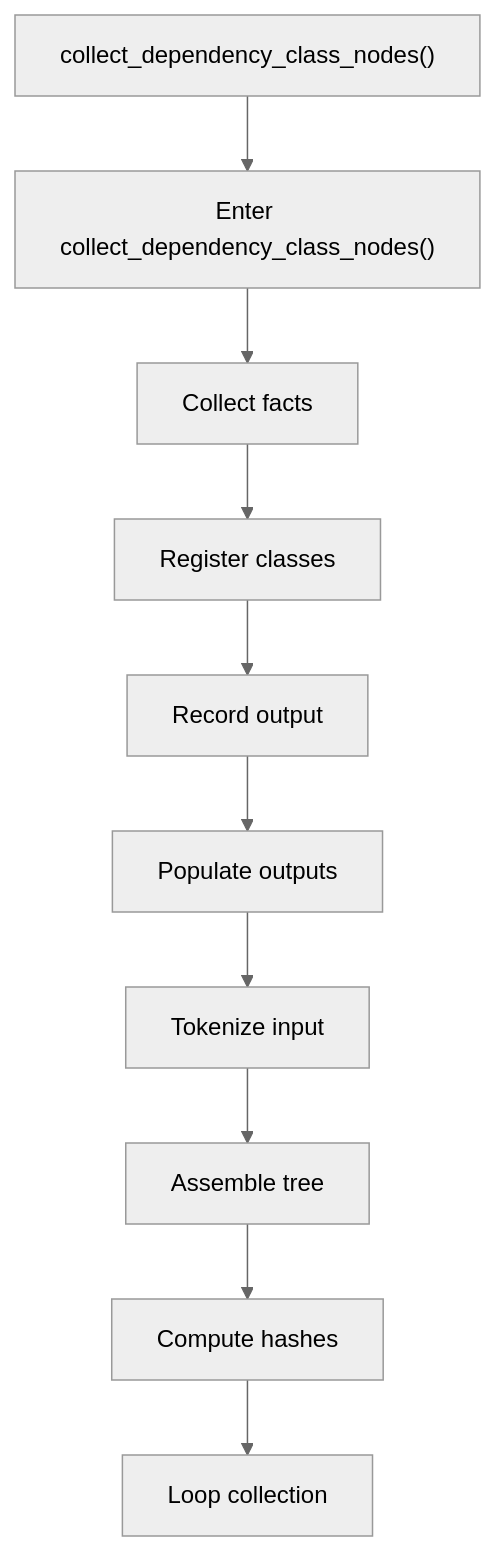
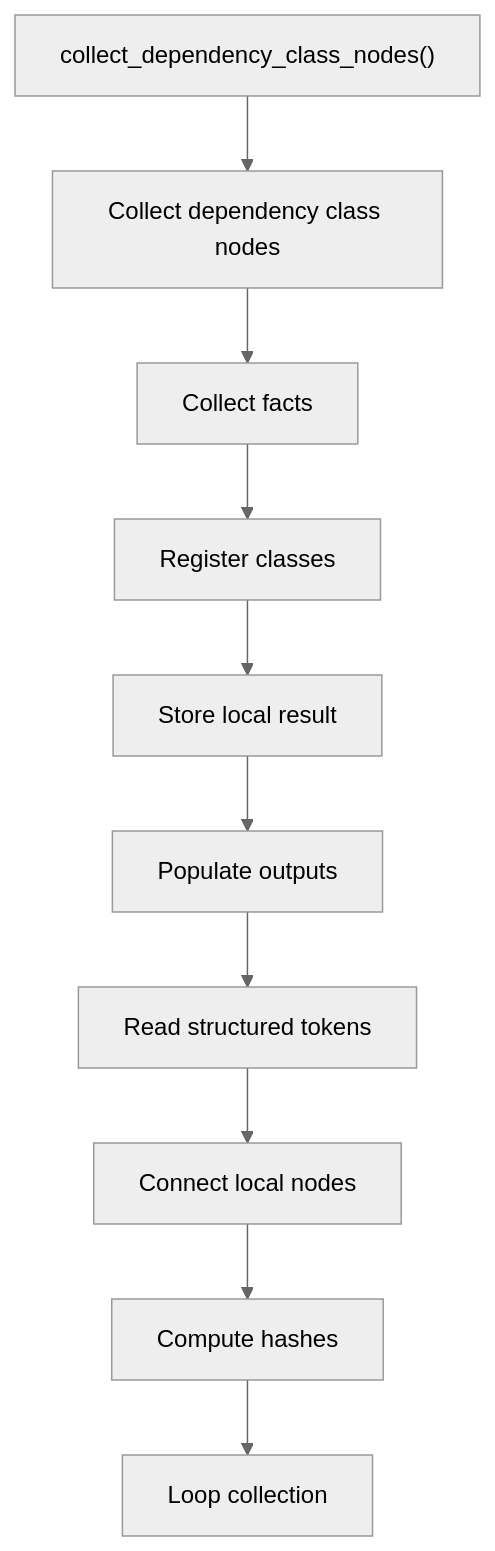
One commit to JohnAndrewBalbarosa/NeoTerritory changed the third of 6 diagrams in docs/Codebase/Microservice/Modules/Source/Trees/Shared/dependency_utils.cpp.md. Above: the diagram before and after it, drawn with Mermaid (neutral theme). The commit also changed other lines of this file and 915 other files, not shown here.

````diff
--- a/docs/Codebase/Microservice/Modules/Source/Trees/Shared/dependency_utils.cpp.md
+++ b/docs/Codebase/Microservice/Modules/Source/Trees/Shared/dependency_utils.cpp.md
@@ -118,22 +117,22 @@
 ```mermaid
 flowchart TD
     N0["collect_dependency_class_nodes()"]
-    N1["Enter collect_dependency_class_nodes()"]
+    N1["Collect dependency class nodes"]
     N2["Collect facts"]
     N3["Register classes"]
-    N4["Record output"]
+    N4["Store local result"]
     N5["Populate outputs"]
-    N6["Tokenize input"]
-    N7["Assemble tree"]
+    N6["Read structured tokens"]
+    N7["Connect local nodes"]
     N8["Compute hashes"]
     N9["Loop collection"]
     N0 --> N1
     N1 --> N2
     N2 --> N3
     N3 --> N4
     N4 --> N5
     N5 --> N6
     N6 --> N7
     N7 --> N8
     N8 --> N9
 ```
````
